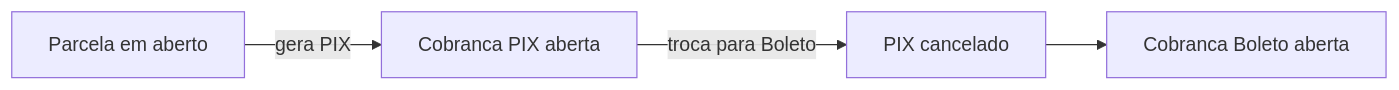
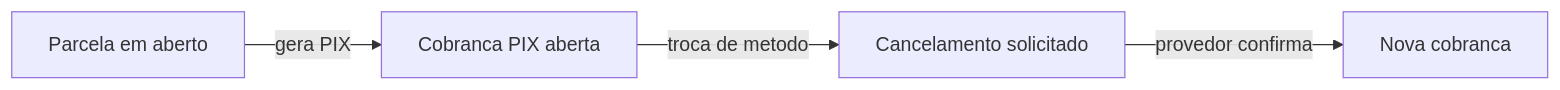
Before and after one commit to LocFlowTeam/locflow-docs: the second of 4 diagrams in cobranca/pagamento-online.md, drawn with Mermaid. The commit also changed other lines of this file and 3 other files, not shown here.

First line of the commit message:
docs(cobranca): explicar cancelamento seguro e emissão opcional

````diff
--- a/cobranca/pagamento-online.md
+++ b/cobranca/pagamento-online.md
@@ -71,6 +74,6 @@
 ```mermaid
 flowchart LR
     P[Parcela em aberto] -->|gera PIX| C1[Cobranca PIX aberta]
-    C1 -->|troca para Boleto| X[PIX cancelado]
-    X --> C2[Cobranca Boleto aberta]
+    C1 -->|troca de metodo| X[Cancelamento solicitado]
+    X -->|provedor confirma| C2[Nova cobranca]
 ```
````
